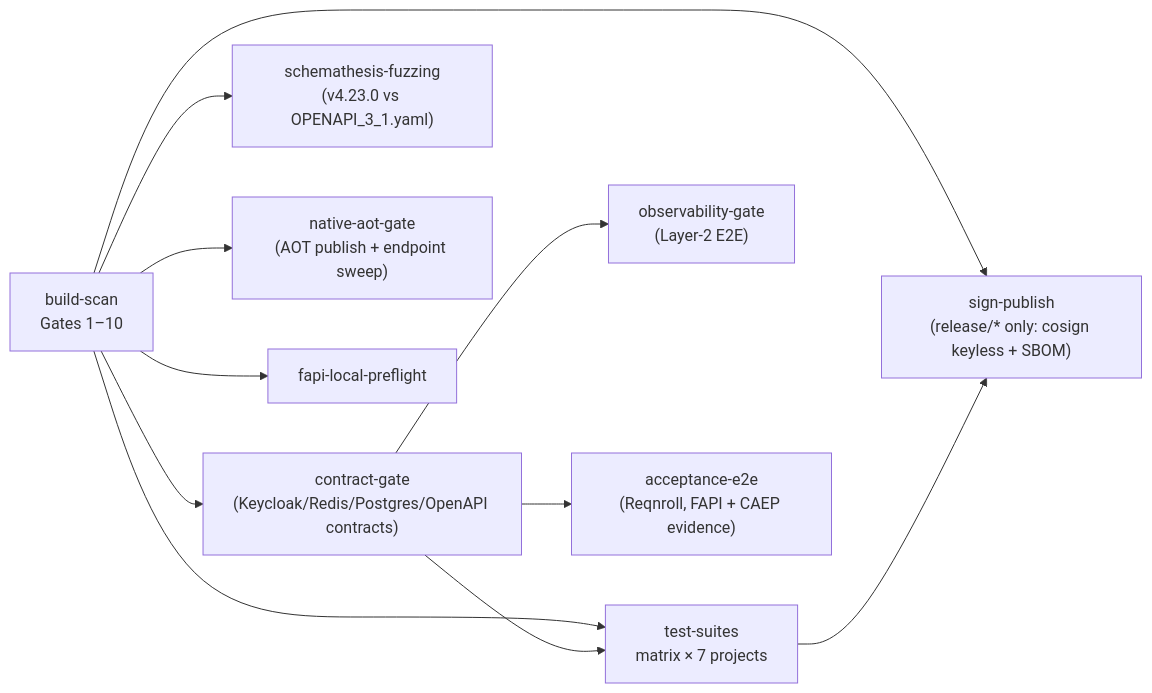
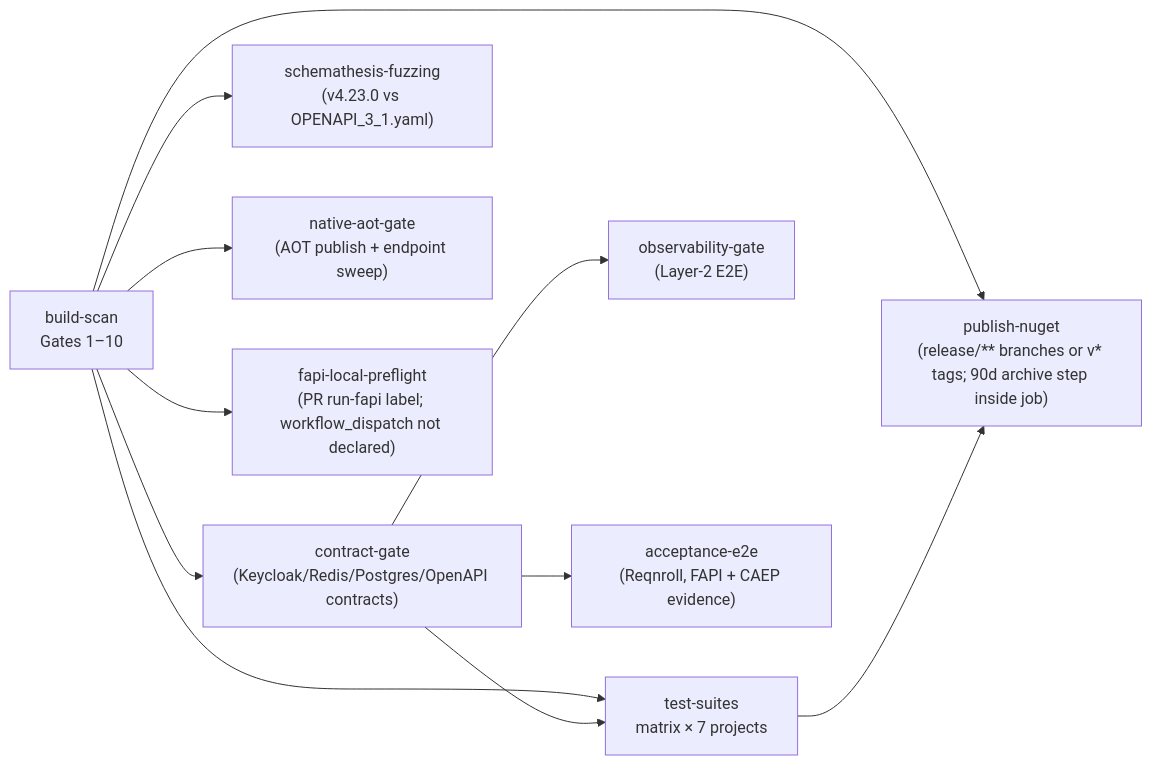
One commit to NikaNats/Sentinel changed the diagram in docs/07-TESTING-AND-QUALITY-ASSURANCE.md. Above: the diagram before and after it, drawn with Mermaid. The commit also changed other lines of this file and 45 other files, not shown here.

First line of the commit message:
docs: align claims with inspected code and add Archify diagrams

````diff
--- a/docs/07-TESTING-AND-QUALITY-ASSURANCE.md
+++ b/docs/07-TESTING-AND-QUALITY-ASSURANCE.md
@@ -29,13 +29,13 @@
 ```mermaid
 flowchart LR
     BS["build-scan<br/>Gates 1–10"] --> CG["contract-gate<br/>(Keycloak/Redis/Postgres/OpenAPI contracts)"]
     BS --> TS["test-suites<br/>matrix × 7 projects"]
     CG --> TS
     BS --> SF["schemathesis-fuzzing<br/>(v4.23.0 vs OPENAPI_3_1.yaml)"]
     BS --> AOT["native-aot-gate<br/>(AOT publish + endpoint sweep)"]
     CG --> OG["observability-gate<br/>(Layer-2 E2E)"]
-    BS --> FP["fapi-local-preflight"]
+    BS --> FP["fapi-local-preflight<br/>(PR run-fapi label; workflow_dispatch not declared)"]
     CG --> AE["acceptance-e2e<br/>(Reqnroll, FAPI + CAEP evidence)"]
-    BS --> SP["sign-publish<br/>(release/* only: cosign keyless + SBOM)"]
-    TS --> SP
+    BS --> PU["publish-nuget<br/>(release/** branches or v* tags; 90d archive step inside job)"]
+    TS --> PU
 ```
````
